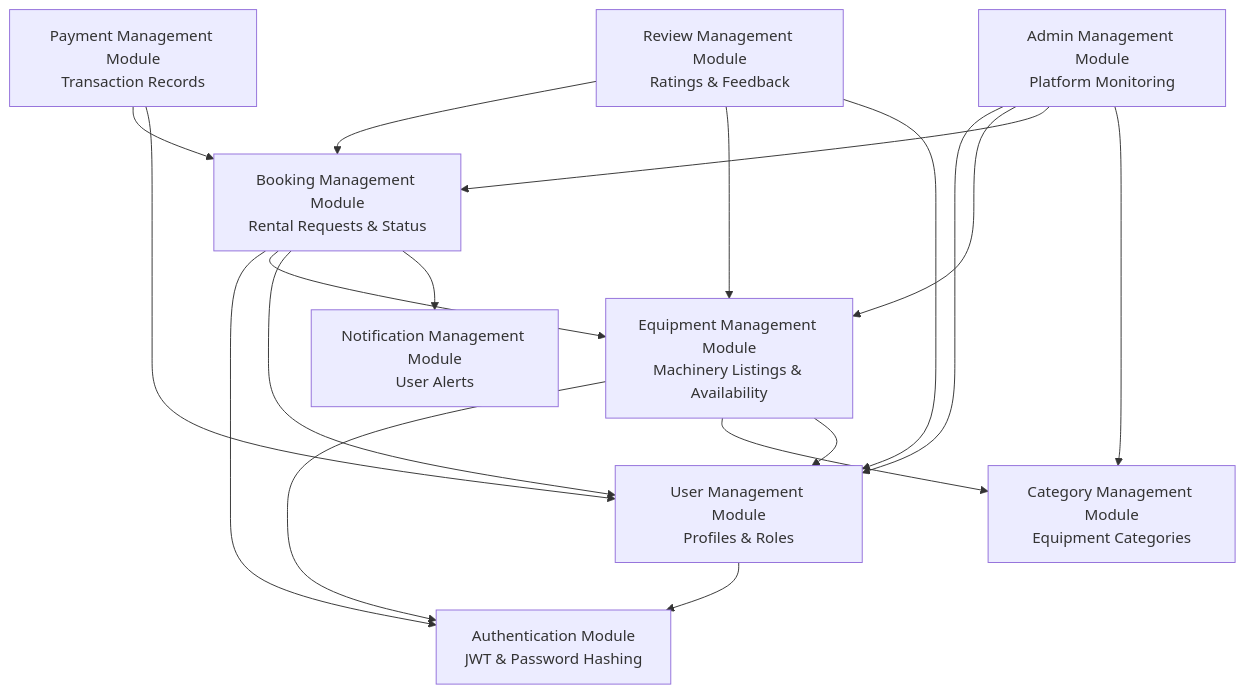
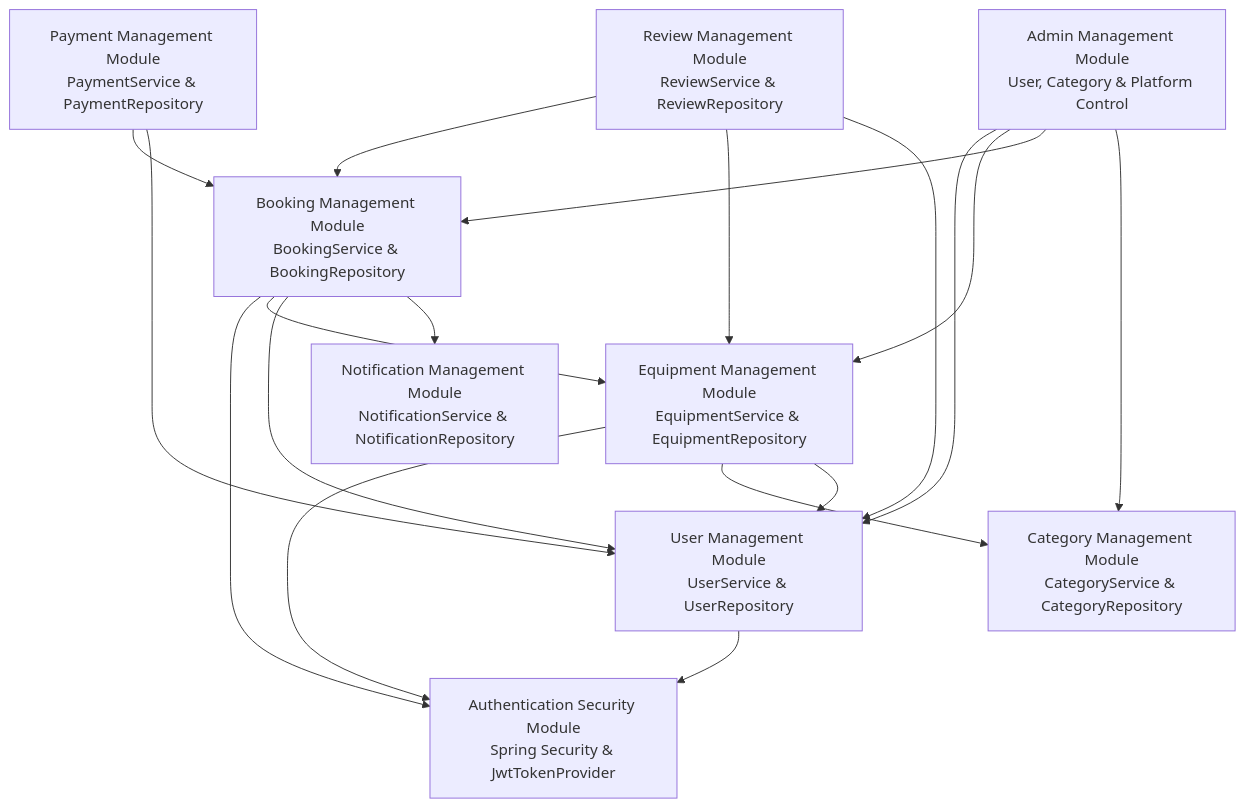
One commit to smsanjay991-cell/Agricultural-Equipment-Rental-Marketplace changed the diagram in docs/diagrams/module-diagram.md. Above: the diagram before and after it, drawn with Mermaid. The commit also changed other lines of this file and 278 other files, not shown here.

````diff
--- a/docs/diagrams/module-diagram.md
+++ b/docs/diagrams/module-diagram.md
@@ -11,37 +11,37 @@
 ```mermaid
 graph TD
     %% Core Modules
-    ModAuth[Authentication Module<br/>JWT & Password Hashing]
-    ModUser[User Management Module<br/>Profiles & Roles]
-    ModCat[Category Management Module<br/>Equipment Categories]
-    ModEquip[Equipment Management Module<br/>Machinery Listings & Availability]
-    ModBook[Booking Management Module<br/>Rental Requests & Status]
-    ModPay[Payment Management Module<br/>Transaction Records]
-    ModRev[Review Management Module<br/>Ratings & Feedback]
-    ModNotif[Notification Management Module<br/>User Alerts]
-    ModAdmin[Admin Management Module<br/>Platform Monitoring]
+    ModAuth[Authentication Security Module<br/>Spring Security & JwtTokenProvider]
+    ModUser[User Management Module<br/>UserService & UserRepository]
+    ModCat[Category Management Module<br/>CategoryService & CategoryRepository]
+    ModEquip[Equipment Management Module<br/>EquipmentService & EquipmentRepository]
+    ModBook[Booking Management Module<br/>BookingService & BookingRepository]
+    ModPay[Payment Management Module<br/>PaymentService & PaymentRepository]
+    ModRev[Review Management Module<br/>ReviewService & ReviewRepository]
+    ModNotif[Notification Management Module<br/>NotificationService & NotificationRepository]
+    ModAdmin[Admin Management Module<br/>User, Category & Platform Control]
 
     %% Dependencies based on actual implementation
     ModUser --> ModAuth
     ModEquip --> ModAuth
     ModEquip --> ModCat
     ModEquip --> ModUser
     
     ModBook --> ModAuth
     ModBook --> ModEquip
     ModBook --> ModUser
     
     ModPay --> ModBook
     ModPay --> ModUser
     
     ModRev --> ModBook
     ModRev --> ModEquip
     ModRev --> ModUser
 
     ModBook --> ModNotif
     
     ModAdmin --> ModUser
     ModAdmin --> ModEquip
     ModAdmin --> ModBook
     ModAdmin --> ModCat
 ```
````
